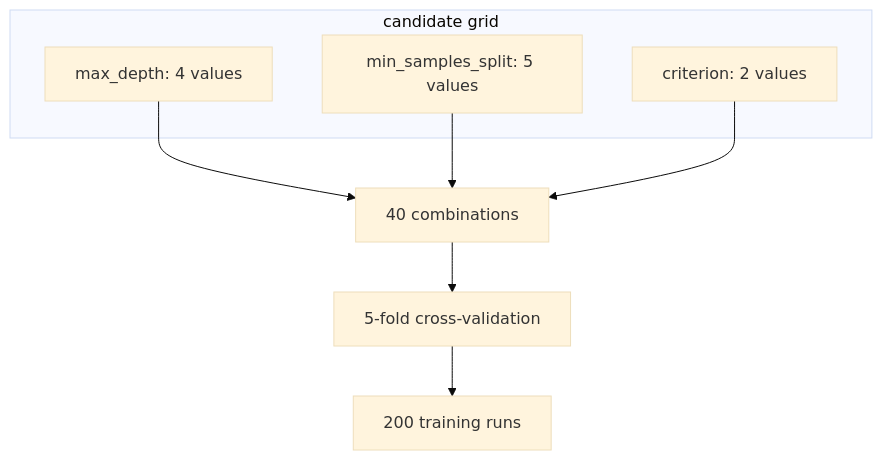
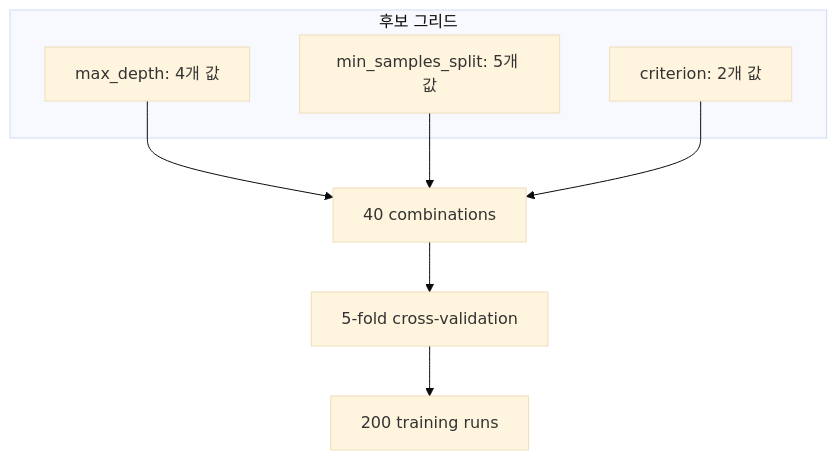
One commit to devchan64/AiBook changed the second of 4 diagrams in docs/parts/part-04/chapter-09/section-02.md. Above: the diagram before and after it, drawn with Mermaid (base theme). The commit also changed other lines of this file and 138 other files, not shown here.

````diff
--- a/docs/parts/part-04/chapter-09/section-02.md
+++ b/docs/parts/part-04/chapter-09/section-02.md
@@ -133,14 +133,14 @@
 ```mermaid
 flowchart TD
-  subgraph A["candidate grid"]
-    B["max_depth: 4 values"]
-    C["min_samples_split: 5 values"]
-    D["criterion: 2 values"]
+  subgraph A["후보 그리드"]
+    B["max_depth: 4개 값"]
+    C["min_samples_split: 5개 값"]
+    D["criterion: 2개 값"]
   end
 
   B --> E["40 combinations"]
   C --> E
   D --> E
   E --> F["5-fold cross-validation"]
   F --> G["200 training runs"]
 ```
````
